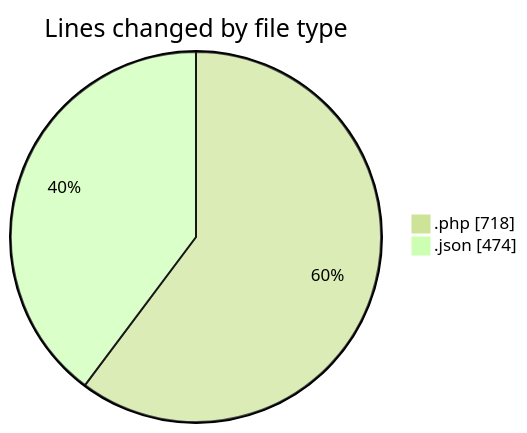
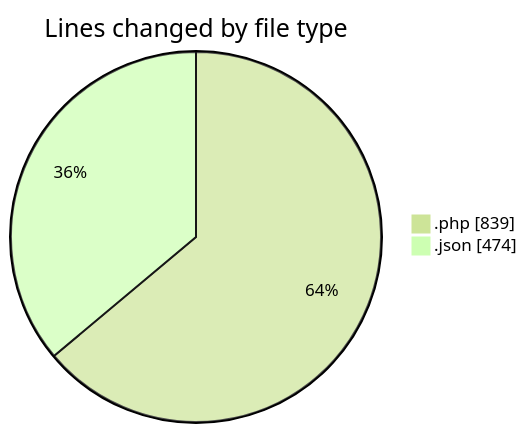
Before and after one commit to idhammustaqopulfikri/code-tracking: the first of 2 diagrams in 2025-05-16/booking/README.md, drawn with Mermaid (forest theme). The commit also changed other lines of this file and 1 other file, not shown here.

````diff
--- a/2025-05-16/booking/README.md
+++ b/2025-05-16/booking/README.md
@@ -36,6 +39,6 @@
 ```mermaid
 pie showData
 title Lines changed by file type
-".php" : 718
+".php" : 839
 ".json" : 474
 ```
````
